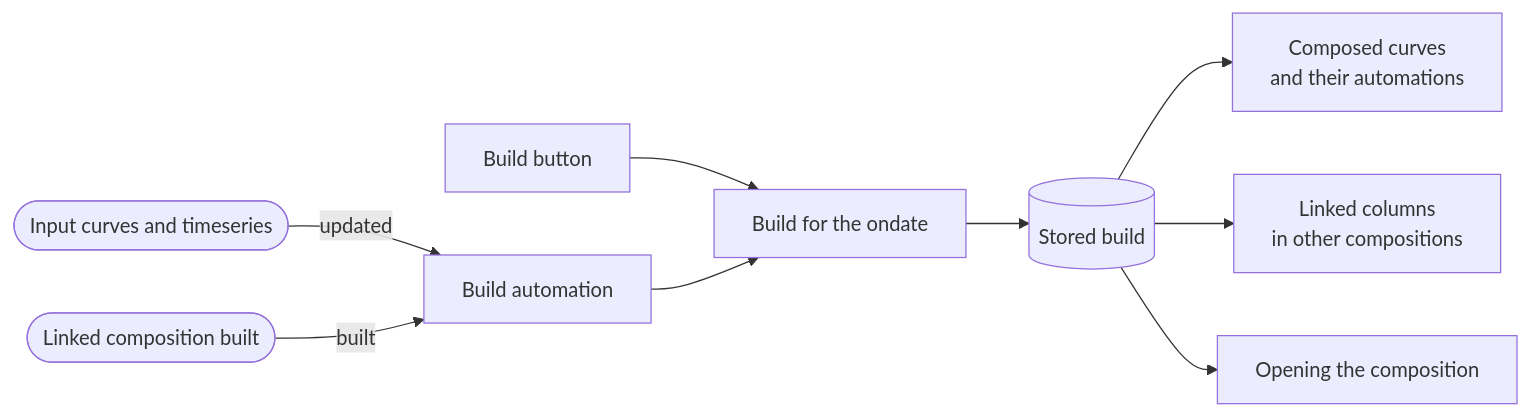
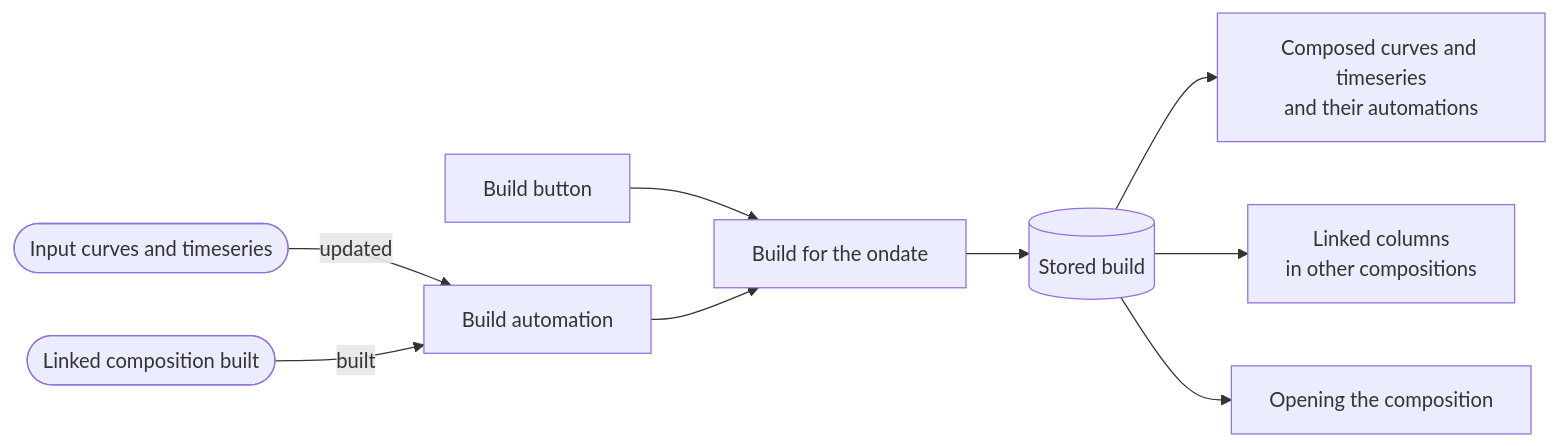
The first of 2 diagrams in docs/extensions/composer/05-builds-and-automation.md (OpenDataDSL/documentation), drawn with Mermaid before and after one commit. The commit also changed other lines of this file and 4 other files, not shown here.

````diff
--- a/docs/extensions/composer/05-builds-and-automation.md
+++ b/docs/extensions/composer/05-builds-and-automation.md
@@ -18,11 +18,11 @@
 ```mermaid
 flowchart LR
     inputs(["Input curves and timeseries"]) -- "updated" --> auto["Build automation"]
     other(["Linked composition built"]) -- "built" --> auto
     btn["Build button"] --> build
     auto --> build["Build for the ondate"]
     build --> store[("Stored build")]
-    store --> cc["Composed curves<br/>and their automations"]
+    store --> cc["Composed curves and timeseries<br/>and their automations"]
     store --> lc["Linked columns<br/>in other compositions"]
     store --> open["Opening the composition"]
 ```
````
